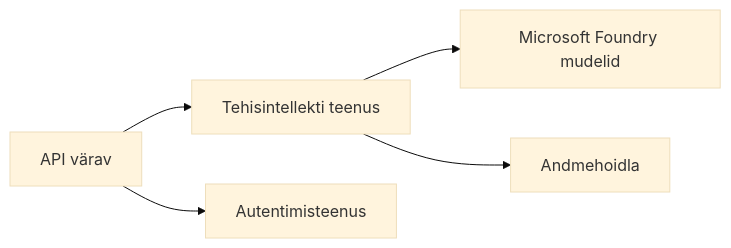
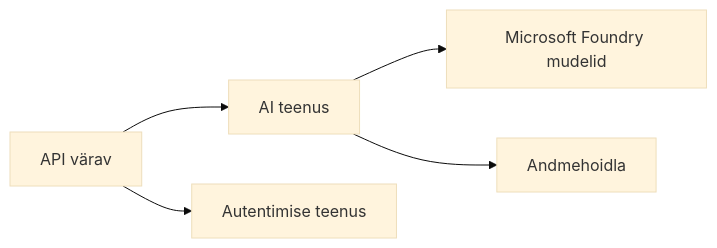
The first of 2 diagrams in translations/et/docs/chapter-08-production/README.md (microsoft/AZD-for-beginners), drawn with Mermaid (base theme) before and after one commit. The commit also changed other lines of this file and 101 other files, not shown here.

````diff
--- a/translations/et/docs/chapter-08-production/README.md
+++ b/translations/et/docs/chapter-08-production/README.md
@@ -46,6 +48,6 @@
 ```mermaid
 graph LR
-    Gateway[API värav] --> AI[Tehisintellekti teenus] --> Models[Microsoft Foundry mudelid]
-    Gateway --> Auth[Autentimisteenus]
+    Gateway[API värav] --> AI[AI teenus] --> Models[Microsoft Foundry mudelid]
+    Gateway --> Auth[Autentimise teenus]
     AI --> Data[Andmehoidla]
 ```
````
